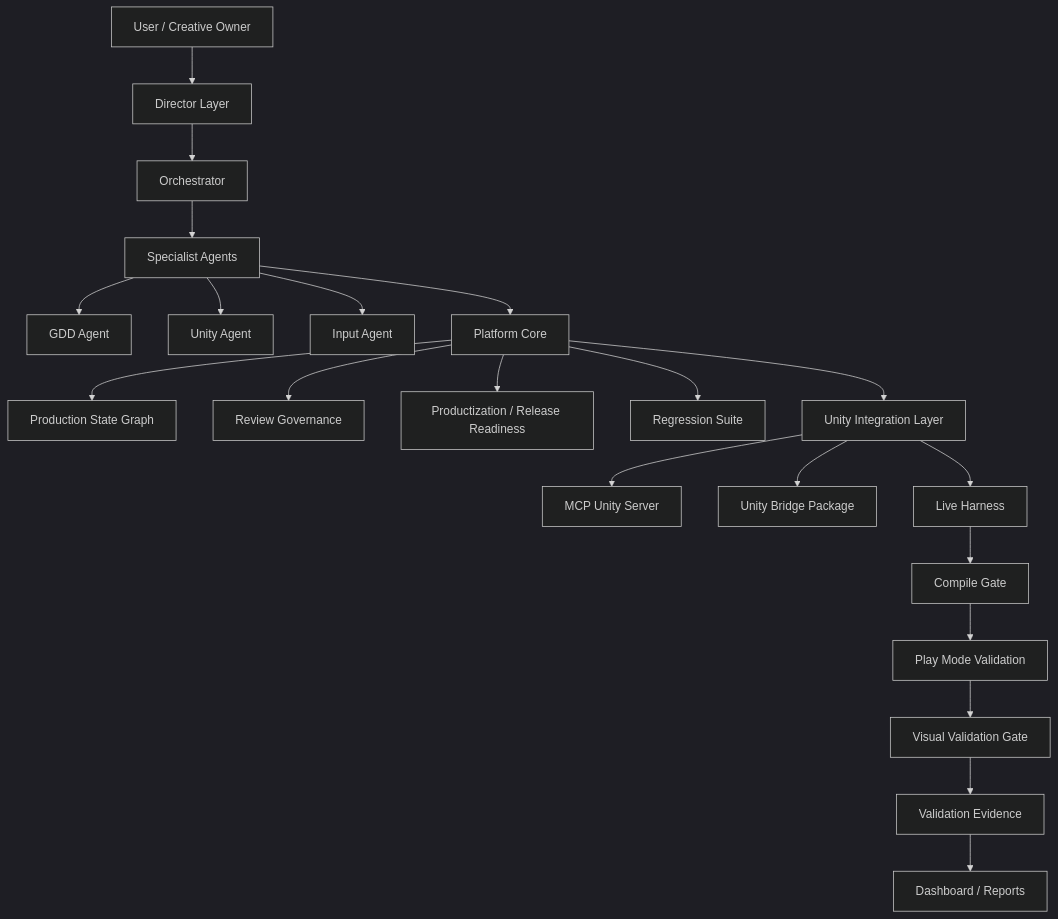
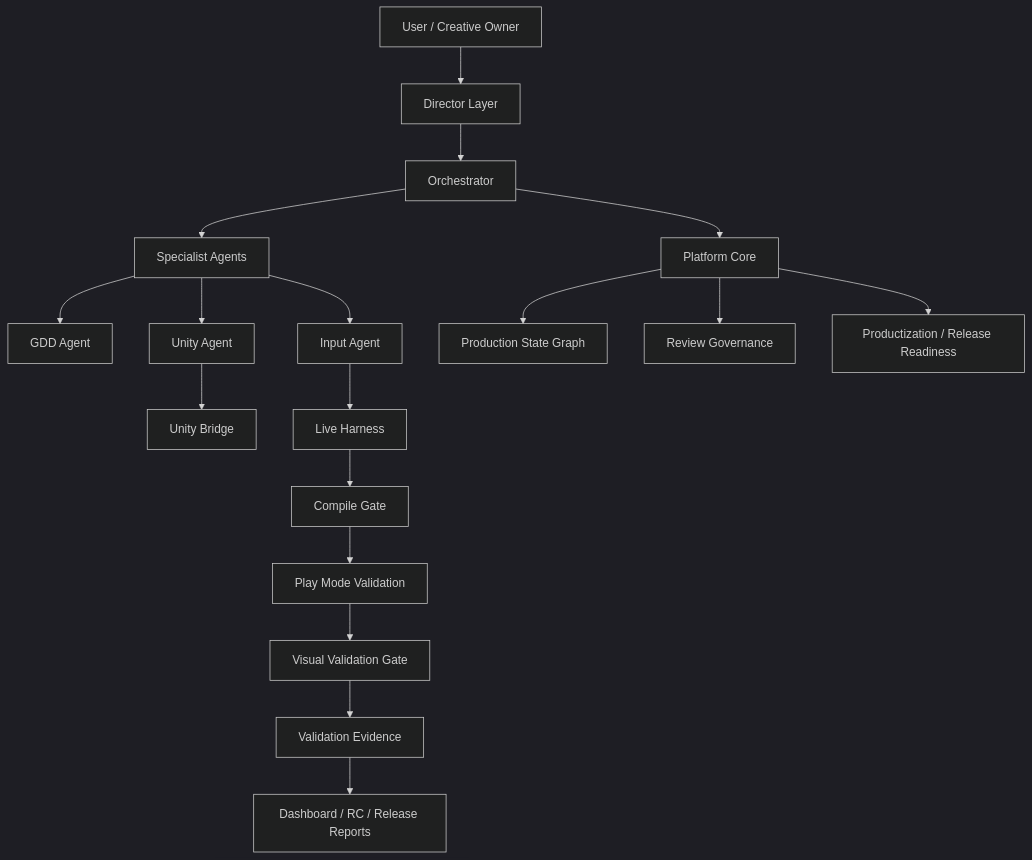
The diagram in README.ko.md (Seongjun-Wi/AInvil), drawn with Mermaid (dark theme) before and after one commit. The commit also changed other lines of this file and 8 other files, not shown here.

````diff
--- a/README.ko.md
+++ b/README.ko.md
@@ -173,45 +32,20 @@
 ```mermaid
 flowchart TD
-  User[User / Creative Owner]
-  Director[Director Layer]
-  Orchestrator[Orchestrator]
-  Agents[Specialist Agents]
-  GDD[GDD Agent]
-  UnityAgent[Unity Agent]
-  InputAgent[Input Agent]
-  Core[Platform Core]
-  Graph[Production State Graph]
-  Review[Review Governance]
-  Productization[Productization / Release Readiness]
-  Regression[Regression Suite]
-  UnityLayer[Unity Integration Layer]
-  MCP[MCP Unity Server]
-  Bridge[Unity Bridge Package]
-  Harness[Live Harness]
-  CompileGate[Compile Gate]
-  PlayMode[Play Mode Validation]
-  Visual[Visual Validation Gate]
-  Evidence[Validation Evidence]
-  Reports[Dashboard / Reports]
-
-  User --> Director
-  Director --> Orchestrator
-  Orchestrator --> Agents
-  Agents --> GDD
-  Agents --> UnityAgent
-  Agents --> InputAgent
-  Agents --> Core
-  Core --> Graph
-  Core --> Review
-  Core --> Productization
-  Core --> Regression
-  Core --> UnityLayer
-  UnityLayer --> MCP
-  UnityLayer --> Bridge
-  UnityLayer --> Harness
-  Harness --> CompileGate
-  CompileGate --> PlayMode
-  PlayMode --> Visual
-  Visual --> Evidence
-  Evidence --> Reports
+  User["User / Creative Owner"] --> Director["Director Layer"]
+  Director --> Orchestrator["Orchestrator"]
+  Orchestrator --> Agents["Specialist Agents"]
+  Agents --> GDD["GDD Agent"]
+  Agents --> UnityAgent["Unity Agent"]
+  Agents --> InputAgent["Input Agent"]
+  Orchestrator --> Core["Platform Core"]
+  Core --> Graph["Production State Graph"]
+  Core --> Review["Review Governance"]
+  Core --> Release["Productization / Release Readiness"]
+  UnityAgent --> Bridge["Unity Bridge"]
+  InputAgent --> Harness["Live Harness"]
+  Harness --> Compile["Compile Gate"]
+  Compile --> Play["Play Mode Validation"]
+  Play --> Visual["Visual Validation Gate"]
+  Visual --> Evidence["Validation Evidence"]
+  Evidence --> Reports["Dashboard / RC / Release Reports"]
 ```
````
